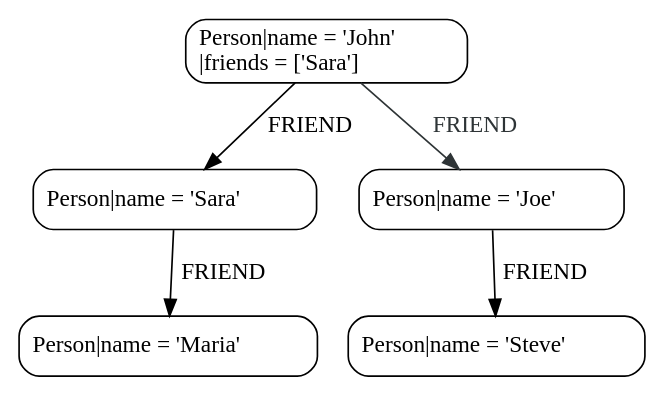
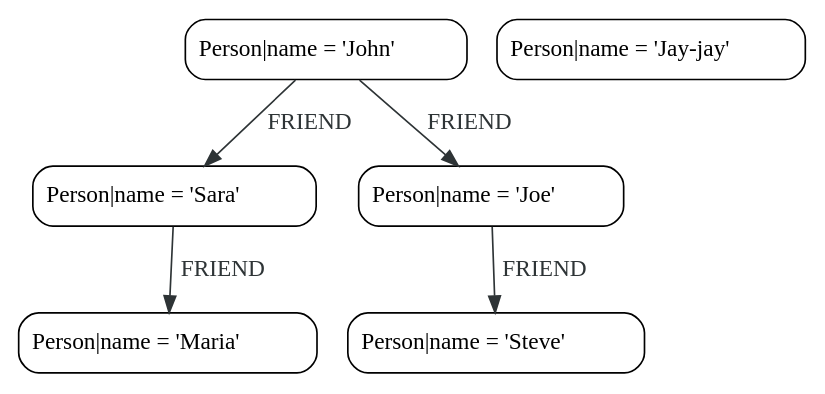
Before and after one commit to neo4j/docs-cypher: the fifth of 6 diagrams in modules/ROOT/pages/clauses/clause-composition.adoc, drawn with Graphviz. The commit also changed other lines of this file, not shown here.

```diff
--- a/modules/ROOT/pages/clauses/clause-composition.adoc
+++ b/modules/ROOT/pages/clauses/clause-composition.adoc
@@ -865,34 +624,43 @@
 [graphviz]
 ----
 digraph L { node [shape=record style=rounded];
 N0 [
-label = "{Person\|name = \'John\'\l\|friends = ['Sara']\l}"
+label = "{Person\|name = \'John\'\l}"
 ]
 N0 -> N3 [
+color = "#2e3436"
+fontcolor = "#2e3436"
 label = "FRIEND\n"
 ]
 N0 -> N1 [
 color = "#2e3436"
 fontcolor = "#2e3436"
 label = "FRIEND\n"
 ]
 N1 [
 label = "{Person\|name = \'Joe\'\l}"
 ]
 N1 -> N2 [
+color = "#2e3436"
+fontcolor = "#2e3436"
 label = "FRIEND\n"
 ]
 N2 [
 label = "{Person\|name = \'Steve\'\l}"
 ]
 N3 [
 label = "{Person\|name = \'Sara\'\l}"
 ]
 N3 -> N4 [
+color = "#2e3436"
+fontcolor = "#2e3436"
 label = "FRIEND\n"
 ]
 N4 [
 label = "{Person\|name = \'Maria\'\l}"
 ]
+N5 [
+label = "{Person\|name = \'Jay-jay\'\l}"
+]
 }
 ----
```
